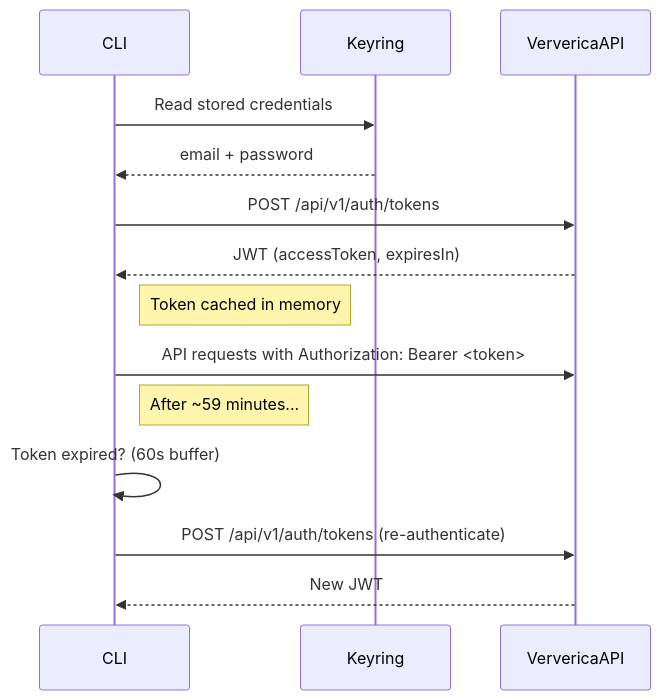
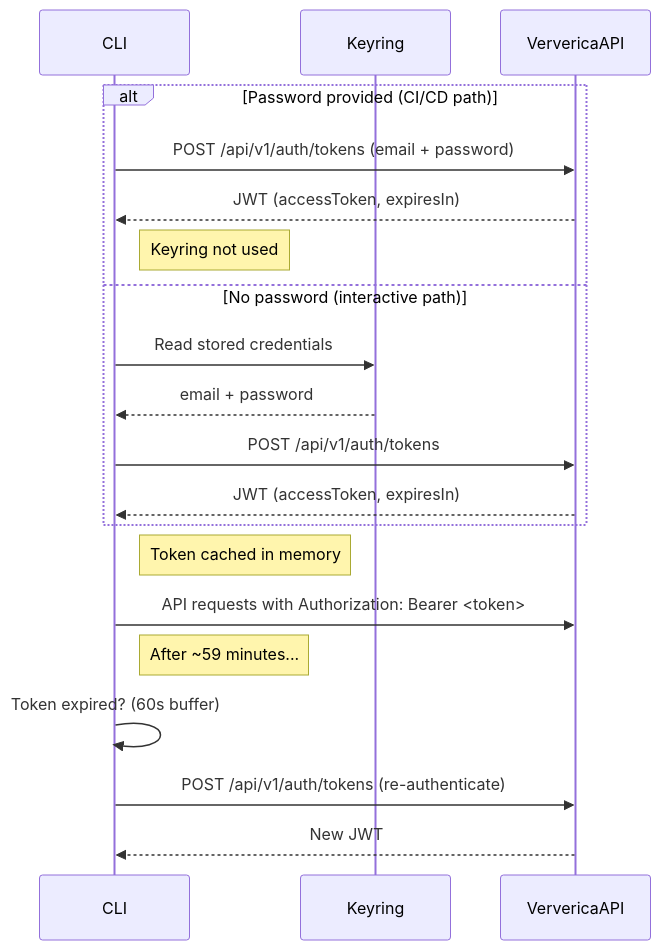
Before and after one commit to Ugbot/dbt-flink-adapter: the second of 4 diagrams in docs/guides/ververica-deployment.md, drawn with Mermaid. The commit also changed other lines of this file and 5 other files, not shown here.

````diff
--- a/docs/guides/ververica-deployment.md
+++ b/docs/guides/ververica-deployment.md
@@ -56,18 +82,25 @@
 ```mermaid
 sequenceDiagram
     participant CLI
     participant Keyring
     participant VervericaAPI
 
-    CLI->>Keyring: Read stored credentials
-    Keyring-->>CLI: email + password
-    CLI->>VervericaAPI: POST /api/v1/auth/tokens
-    VervericaAPI-->>CLI: JWT (accessToken, expiresIn)
+    alt Password provided (CI/CD path)
+        CLI->>VervericaAPI: POST /api/v1/auth/tokens (email + password)
+        VervericaAPI-->>CLI: JWT (accessToken, expiresIn)
+        Note right of CLI: Keyring not used
+    else No password (interactive path)
+        CLI->>Keyring: Read stored credentials
+        Keyring-->>CLI: email + password
+        CLI->>VervericaAPI: POST /api/v1/auth/tokens
+        VervericaAPI-->>CLI: JWT (accessToken, expiresIn)
+    end
+
     Note right of CLI: Token cached in memory
     CLI->>VervericaAPI: API requests with Authorization: Bearer <token>
 
     Note right of CLI: After ~59 minutes...
     CLI->>CLI: Token expired? (60s buffer)
     CLI->>VervericaAPI: POST /api/v1/auth/tokens (re-authenticate)
     VervericaAPI-->>CLI: New JWT
 ```
````
